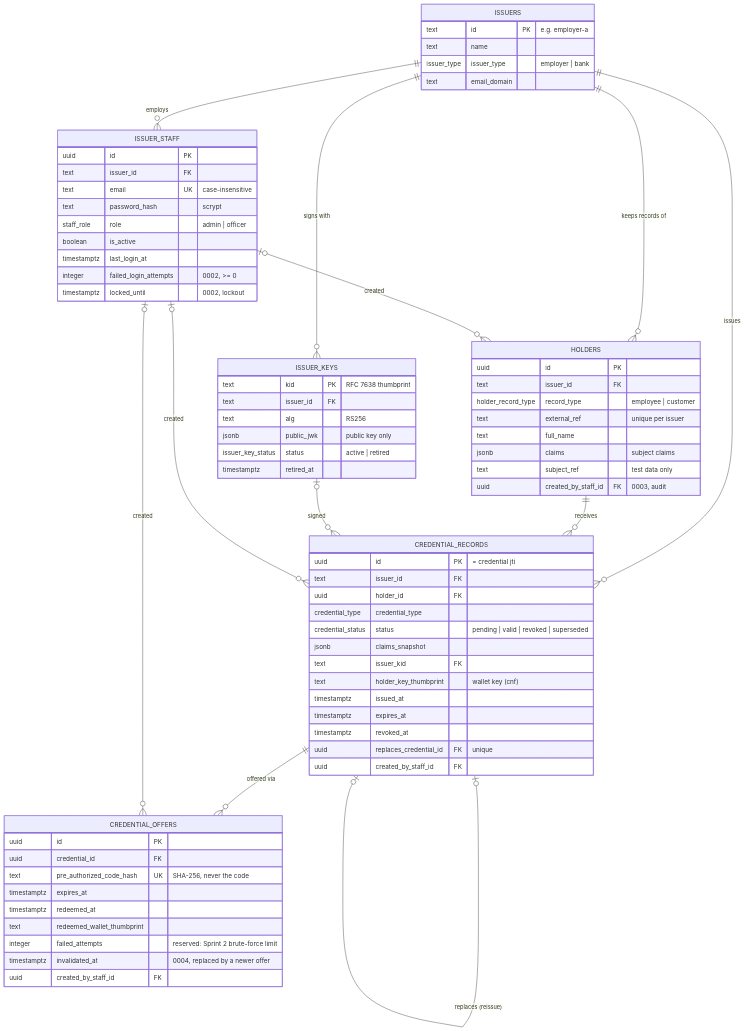
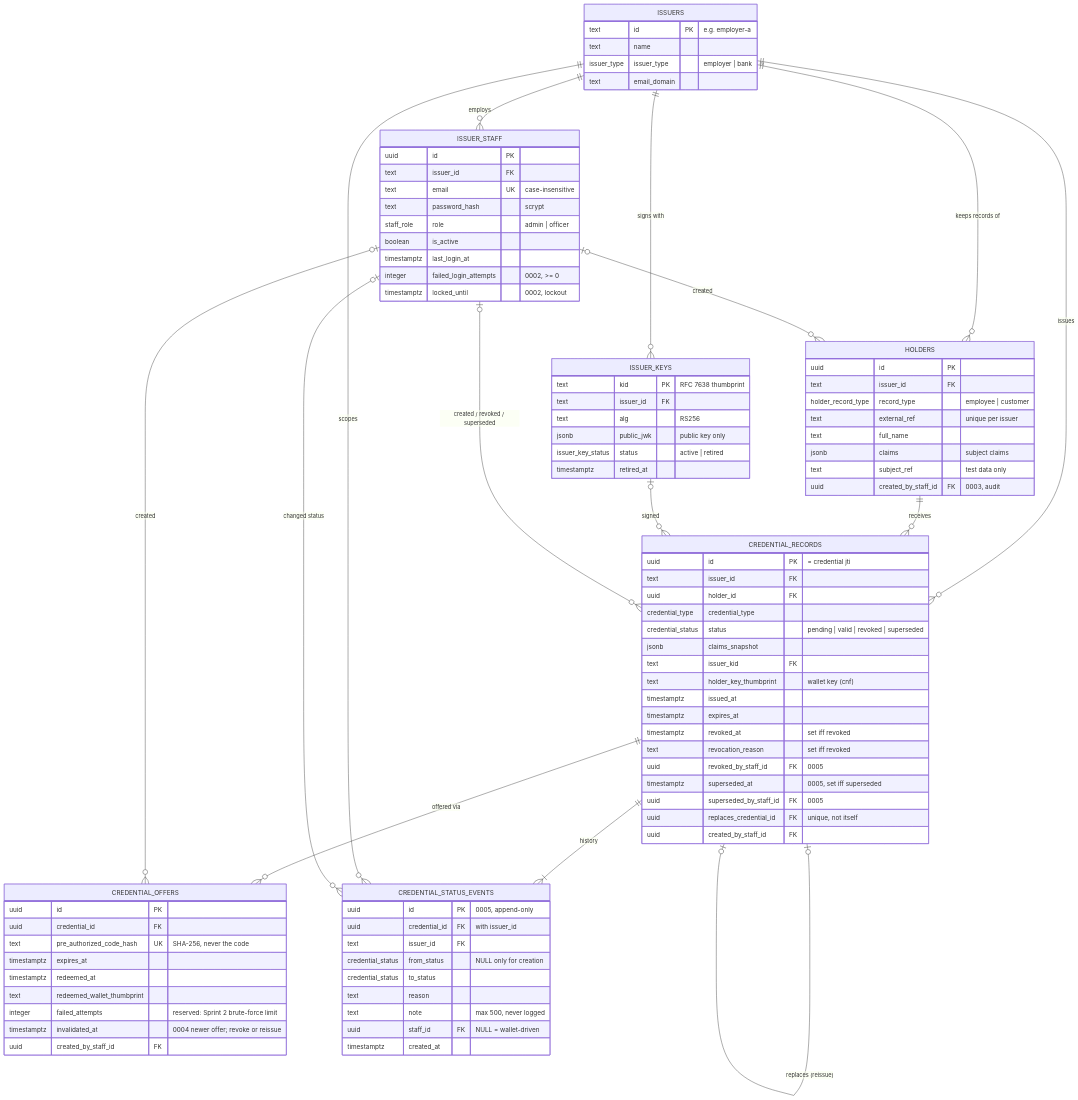
One commit to Thisathgeemal/UniVault changed the first of 2 diagrams in docs/database/database-design.md. Above: the diagram before and after it, drawn with Mermaid. The commit also changed other lines of this file and 38 other files, not shown here.

````diff
--- a/docs/database/database-design.md
+++ b/docs/database/database-design.md
@@ -25,9 +25,12 @@
     ISSUER_KEYS |o--o{ CREDENTIAL_RECORDS : "signed"
     CREDENTIAL_RECORDS |o--o| CREDENTIAL_RECORDS : "replaces (reissue)"
     CREDENTIAL_RECORDS ||--o{ CREDENTIAL_OFFERS : "offered via"
+    CREDENTIAL_RECORDS ||--|{ CREDENTIAL_STATUS_EVENTS : "history"
+    ISSUERS ||--o{ CREDENTIAL_STATUS_EVENTS : "scopes"
     ISSUER_STAFF |o--o{ HOLDERS : "created"
-    ISSUER_STAFF |o--o{ CREDENTIAL_RECORDS : "created"
+    ISSUER_STAFF |o--o{ CREDENTIAL_RECORDS : "created / revoked / superseded"
     ISSUER_STAFF |o--o{ CREDENTIAL_OFFERS : "created"
+    ISSUER_STAFF |o--o{ CREDENTIAL_STATUS_EVENTS : "changed status"
 
     ISSUERS {
         text id PK "e.g. employer-a"
@@ -75,8 +78,12 @@
         text holder_key_thumbprint "wallet key (cnf)"
         timestamptz issued_at
         timestamptz expires_at
-        timestamptz revoked_at
-        uuid replaces_credential_id FK "unique"
+        timestamptz revoked_at "set iff revoked"
+        text revocation_reason "set iff revoked"
+        uuid revoked_by_staff_id FK "0005"
+        timestamptz superseded_at "0005, set iff superseded"
+        uuid superseded_by_staff_id FK "0005"
+        uuid replaces_credential_id FK "unique, not itself"
         uuid created_by_staff_id FK
     }
     CREDENTIAL_OFFERS {
@@ -87,7 +94,18 @@
         timestamptz redeemed_at
         text redeemed_wallet_thumbprint
         integer failed_attempts "reserved: Sprint 2 brute-force limit"
-        timestamptz invalidated_at "0004, replaced by a newer offer"
+        timestamptz invalidated_at "0004 newer offer; revoke or reissue"
         uuid created_by_staff_id FK
     }
+    CREDENTIAL_STATUS_EVENTS {
+        uuid id PK "0005, append-only"
+        uuid credential_id FK "with issuer_id"
+        text issuer_id FK
+        credential_status from_status "NULL only for creation"
+        credential_status to_status
+        text reason
+        text note "max 500, never logged"
+        uuid staff_id FK "NULL = wallet-driven"
+        timestamptz created_at
+    }
 ```
````
